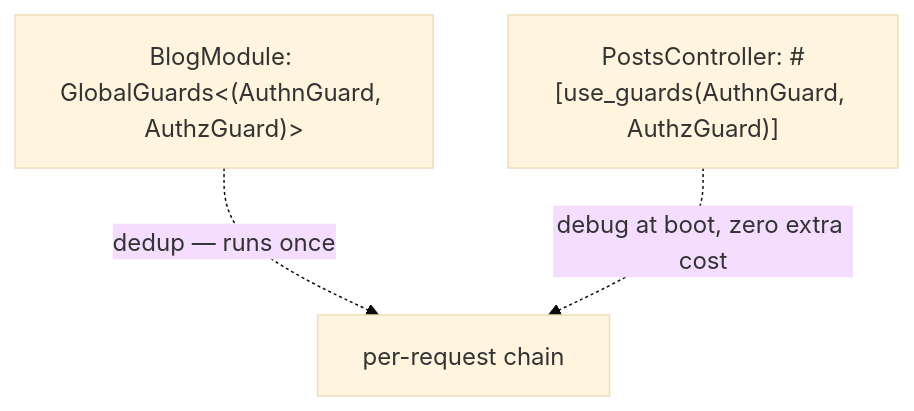
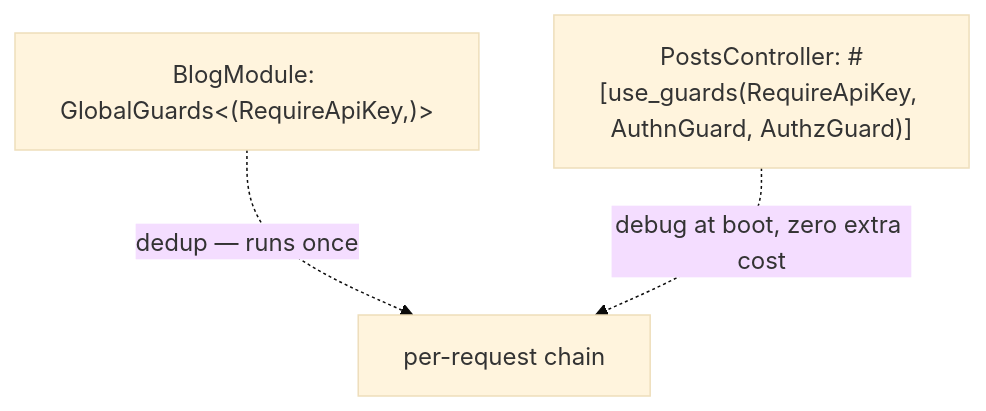
One commit to YV17labs/NestRS changed the third of 3 diagrams in docs/src/content/docs/fundamentals/guards.mdx. Above: the diagram before and after it, drawn with Mermaid (base theme). The commit also changed other lines of this file and 29 other files, not shown here.

````diff
--- a/docs/src/content/docs/fundamentals/guards.mdx
+++ b/docs/src/content/docs/fundamentals/guards.mdx
@@ -648,7 +644,7 @@
 ```mermaid
 flowchart TB
-  MAIN["BlogModule: GlobalGuards<(AuthnGuard, AuthzGuard)>"]
-  PC["PostsController: #[use_guards(AuthnGuard, AuthzGuard)]"]
+  MAIN["BlogModule: GlobalGuards<(RequireApiKey,)>"]
+  PC["PostsController: #[use_guards(RequireApiKey, AuthnGuard, AuthzGuard)]"]
   MAIN -. "dedup — runs once" .-> RUN[per-request chain]
   PC -. "debug at boot, zero extra cost" .-> RUN
 ```
````
